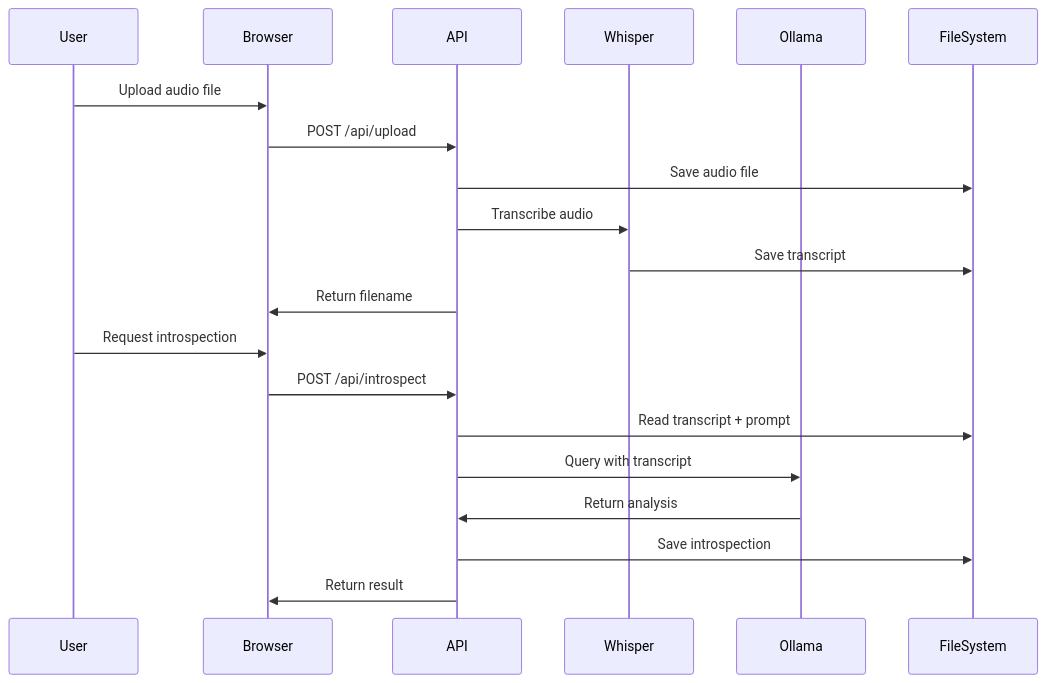
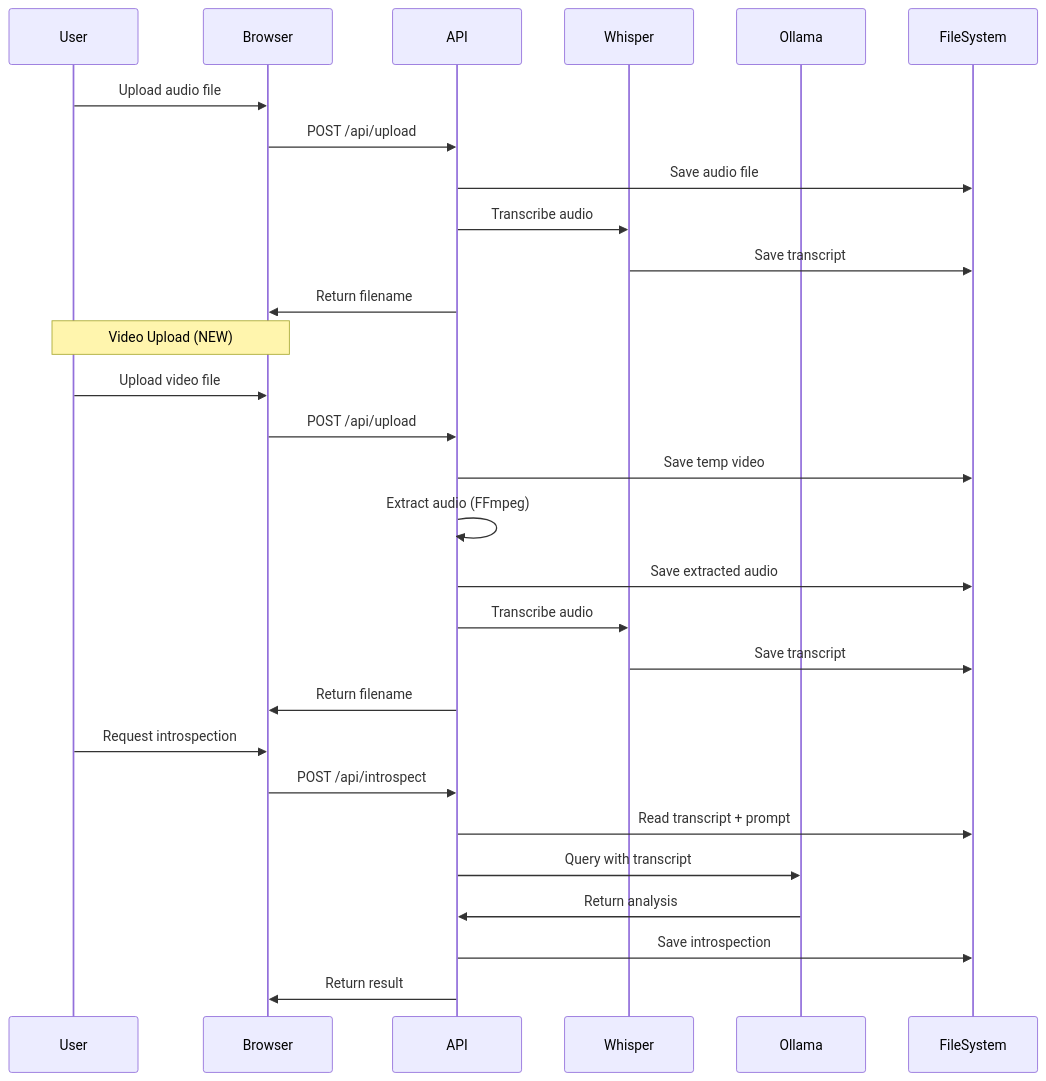
The diagram in README.md (serejaris/llm-voice-2-text-lib-local), drawn with Mermaid before and after one commit. The commit also changed other lines of this file and 2 other files, not shown here.

````diff
--- a/README.md
+++ b/README.md
@@ -109,24 +120,34 @@
 ```mermaid
 sequenceDiagram
     participant User
     participant Browser
     participant API
     participant Whisper
     participant Ollama
     participant FileSystem
 
     User->>Browser: Upload audio file
     Browser->>API: POST /api/upload
     API->>FileSystem: Save audio file
     API->>Whisper: Transcribe audio
     Whisper->>FileSystem: Save transcript
     API->>Browser: Return filename
 
+    Note over User,Browser: Video Upload (NEW)
+    User->>Browser: Upload video file
+    Browser->>API: POST /api/upload
+    API->>FileSystem: Save temp video
+    API->>API: Extract audio (FFmpeg)
+    API->>FileSystem: Save extracted audio
+    API->>Whisper: Transcribe audio
+    Whisper->>FileSystem: Save transcript
+    API->>Browser: Return filename
+
     User->>Browser: Request introspection
     Browser->>API: POST /api/introspect
     API->>FileSystem: Read transcript + prompt
     API->>Ollama: Query with transcript
     Ollama->>API: Return analysis
     API->>FileSystem: Save introspection
     API->>Browser: Return result
 ```
````
